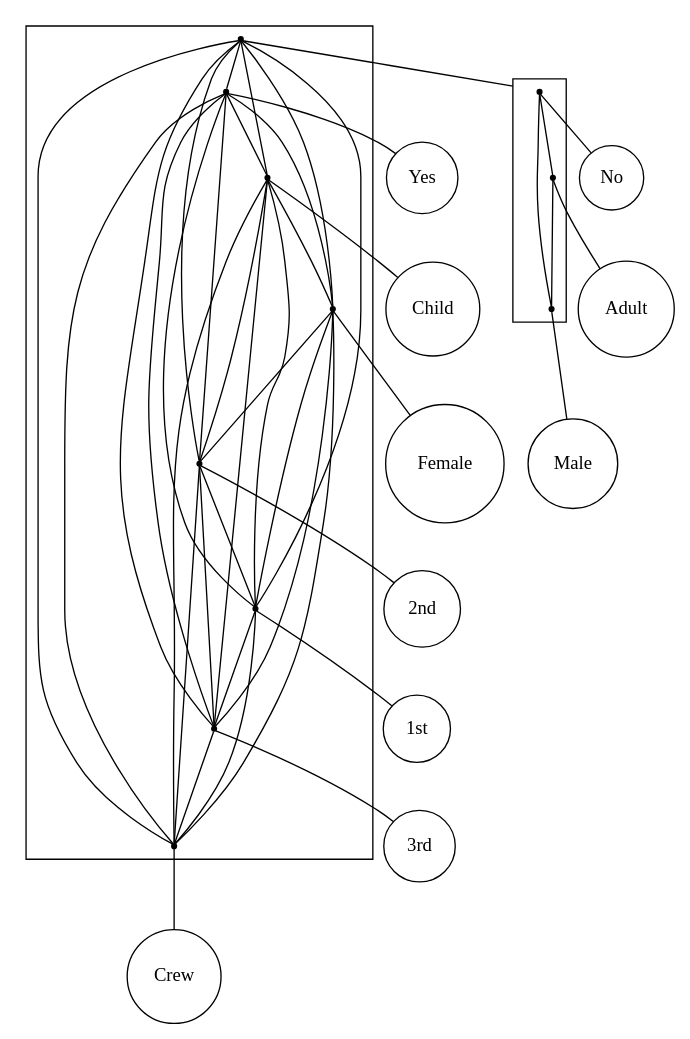
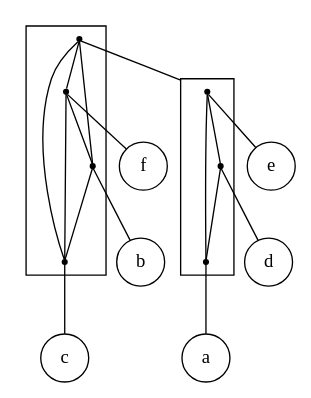
The diagram in src/final/plain_2-structure_with_threshold.dot (lrodrin/TFG), drawn with Graphviz before and after one commit. The commit also changed 8 other files, not shown here.

```diff
--- a/src/final/plain_2-structure_with_threshold.dot
+++ b/src/final/plain_2-structure_with_threshold.dot
@@ -1,67 +1,37 @@
 strict digraph "plain_2-structure_with_threshold" {
 compound=true;
 fontname=Verdana;
 fontsize=12;
 newrank=true;
 node [shape=circle];
-Yes;
-Child;
-Female;
-"2nd";
-"1st";
-"3rd";
-Crew;
-No;
-Adult;
-Male;
-subgraph cluster_Adult3rdMaleCrewFemale2ndYes1stChildNo {
+f;
+b;
+c;
+e;
+d;
+a;
+subgraph cluster_badfce {
 node [shape=point];
-s_AdultMaleNo -> s_Yes  [arrowhead=none, color=black];
-s_AdultMaleNo -> s_Child  [arrowhead=none, color=black];
-s_AdultMaleNo -> s_Female  [arrowhead=none, color=black];
-s_AdultMaleNo -> s_2nd  [arrowhead=none, color=black];
-s_AdultMaleNo -> s_1st  [arrowhead=none, color=black];
-s_AdultMaleNo -> s_3rd  [arrowhead=none, color=black];
-s_AdultMaleNo -> s_Crew  [arrowhead=none, color=black];
-s_Yes -> s_Child  [arrowhead=none, color=black];
-s_Yes -> s_Female  [arrowhead=none, color=black];
-s_Yes -> s_2nd  [arrowhead=none, color=black];
-s_Yes -> s_1st  [arrowhead=none, color=black];
-s_Yes -> s_3rd  [arrowhead=none, color=black];
-s_Yes -> s_Crew  [arrowhead=none, color=black];
-s_Child -> s_Female  [arrowhead=none, color=black];
-s_Child -> s_2nd  [arrowhead=none, color=black];
-s_Child -> s_1st  [arrowhead=none, color=black];
-s_Child -> s_3rd  [arrowhead=none, color=black];
-s_Child -> s_Crew  [arrowhead=none, color=black];
-s_Female -> s_2nd  [arrowhead=none, color=black];
-s_Female -> s_1st  [arrowhead=none, color=black];
-s_Female -> s_3rd  [arrowhead=none, color=black];
-s_Female -> s_Crew  [arrowhead=none, color=black];
-s_2nd -> s_1st  [arrowhead=none, color=black];
-s_2nd -> s_3rd  [arrowhead=none, color=black];
-s_2nd -> s_Crew  [arrowhead=none, color=black];
-s_1st -> s_3rd  [arrowhead=none, color=black];
-s_1st -> s_Crew  [arrowhead=none, color=black];
-s_3rd -> s_Crew  [arrowhead=none, color=black];
+s_dea -> s_f  [arrowhead=none, color=black];
+s_dea -> s_b  [arrowhead=none, color=black];
+s_dea -> s_c  [arrowhead=none, color=black];
+s_f -> s_b  [arrowhead=none, color=black];
+s_f -> s_c  [arrowhead=none, color=black];
+s_b -> s_c  [arrowhead=none, color=black];
 }
 
-subgraph cluster_AdultMaleNo {
+subgraph cluster_dea {
 node [shape=point];
-s_No -> s_Adult  [arrowhead=none, color=black];
-s_No -> s_Male  [arrowhead=none, color=black];
-s_Adult -> s_Male  [arrowhead=none, color=black];
+s_e -> s_d  [arrowhead=none, color=black];
+s_e -> s_a  [arrowhead=none, color=black];
+s_d -> s_a  [arrowhead=none, color=black];
 }
 
-s_AdultMaleNo -> s_No  [arrowhead=none, lhead=cluster_AdultMaleNo];
-s_Yes -> Yes  [arrowhead=none];
-s_Child -> Child  [arrowhead=none];
-s_Female -> Female  [arrowhead=none];
-s_2nd -> "2nd"  [arrowhead=none];
-s_1st -> "1st"  [arrowhead=none];
-s_3rd -> "3rd"  [arrowhead=none];
-s_Crew -> Crew  [arrowhead=none];
-s_No -> No  [arrowhead=none];
-s_Adult -> Adult  [arrowhead=none];
-s_Male -> Male  [arrowhead=none];
+s_dea -> s_e  [arrowhead=none, lhead=cluster_dea];
+s_f -> f  [arrowhead=none];
+s_b -> b  [arrowhead=none];
+s_c -> c  [arrowhead=none];
+s_e -> e  [arrowhead=none];
+s_d -> d  [arrowhead=none];
+s_a -> a  [arrowhead=none];
 }
```
